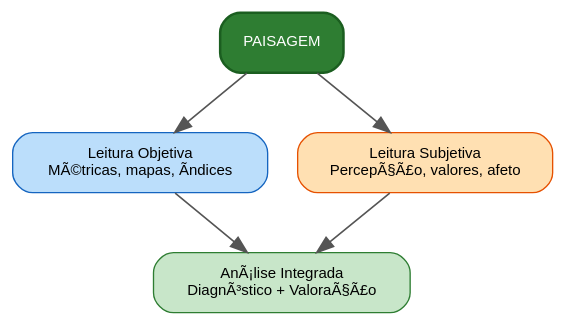
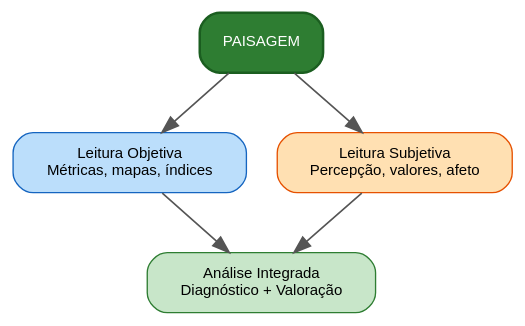
One commit to ldvsantos/cv changed the first of 2 diagrams in aulas/analise_paisagem/aulas/percepcao_valoracao_paisagem/percepcao_valoracao_paisagem.qmd. Above: the diagram before and after it, drawn with Graphviz. The commit also changed other lines of this file and 31 other files, not shown here.

````diff
--- a/aulas/analise_paisagem/aulas/percepcao_valoracao_paisagem/percepcao_valoracao_paisagem.qmd
+++ b/aulas/analise_paisagem/aulas/percepcao_valoracao_paisagem/percepcao_valoracao_paisagem.qmd
@@ -66,20 +70,20 @@
 ```{dot}
 //| fig-cap: "Duas leituras da mesma paisagem."
 //| fig-width: 5
 digraph {
     rankdir=TB
     bgcolor="transparent"
     node [shape=box, style="rounded,filled", fontname="Helvetica", fontsize=9, margin="0.2,0.1", penwidth=0.8]
     edge [color="#555555", penwidth=1.0]
 
     P [label="PAISAGEM", fillcolor="#2E7D32", fontcolor="white", color="#1B5E20", penwidth=1.5]
-    O [label="Leitura Objetiva\nMÃ©tricas, mapas, Ã­ndices", fillcolor="#BBDEFB", color="#1565C0"]
-    S [label="Leitura Subjetiva\nPercepÃ§Ã£o, valores, afeto", fillcolor="#FFE0B2", color="#E65100"]
-    I [label="AnÃ¡lise Integrada\nDiagnÃ³stico + ValoraÃ§Ã£o", fillcolor="#C8E6C9", color="#2E7D32"]
+    O [label="Leitura Objetiva\nMétricas, mapas, índices", fillcolor="#BBDEFB", color="#1565C0"]
+    S [label="Leitura Subjetiva\nPercepção, valores, afeto", fillcolor="#FFE0B2", color="#E65100"]
+    I [label="Análise Integrada\nDiagnóstico + Valoração", fillcolor="#C8E6C9", color="#2E7D32"]
 
     P -> O
     P -> S
     O -> I
     S -> I
 }
 ```
````
